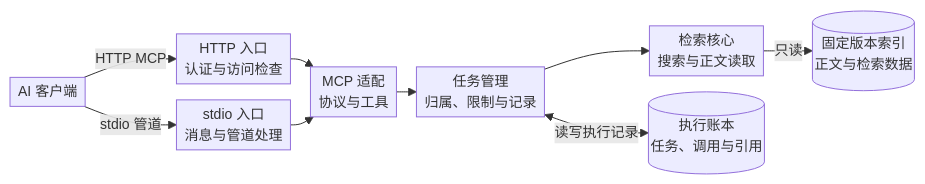
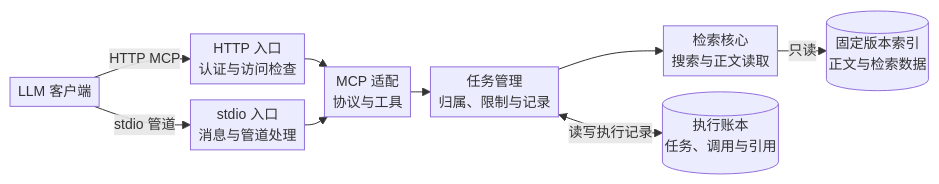
The third of 6 diagrams in docs/architecture.md (def-a-name/learn-corpus), drawn with Mermaid before and after one commit. The commit also changed other lines of this file, not shown here.

First line of the commit message:
docs: 完善架构图与中文术语说明

````diff
--- a/docs/architecture.md
+++ b/docs/architecture.md
@@ -159,25 +159,25 @@
 ```mermaid
 ---
 config:
   look: classic
   layout: dagre
   themeVariables:
     fontSize: 14px
   flowchart:
     minNodeWidth: 0
     wrappingWidth: 160
     nodeSpacing: 16
     rankSpacing: 20
     diagramPadding: 64
     padding: 4
 ---
 flowchart LR
-    A["AI 客户端"] -->|HTTP MCP| H["HTTP 入口<br/>认证与访问检查"]
+    A["LLM 客户端"] -->|HTTP MCP| H["HTTP 入口<br/>认证与访问检查"]
     A -->|stdio 管道| S["stdio 入口<br/>消息与管道处理"]
     H --> M["MCP 适配<br/>协议与工具"]
     S --> M
     M --> T["任务管理<br/>归属、限制与记录"]
     T --> C
     T <-->|读写执行记录| L[("执行账本<br/>任务、调用与引用")]
     C["检索核心<br/>搜索与正文读取"] -->|只读| I[("固定版本索引<br/>正文与检索数据")]
 ```
````
